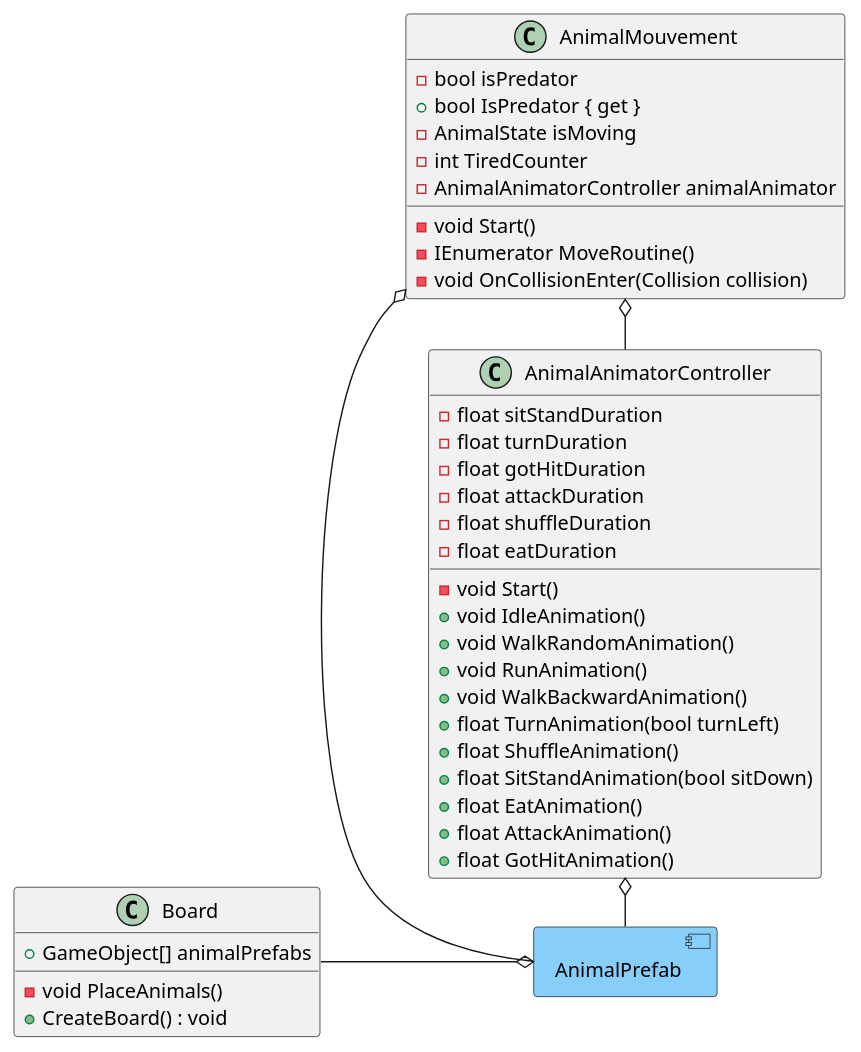
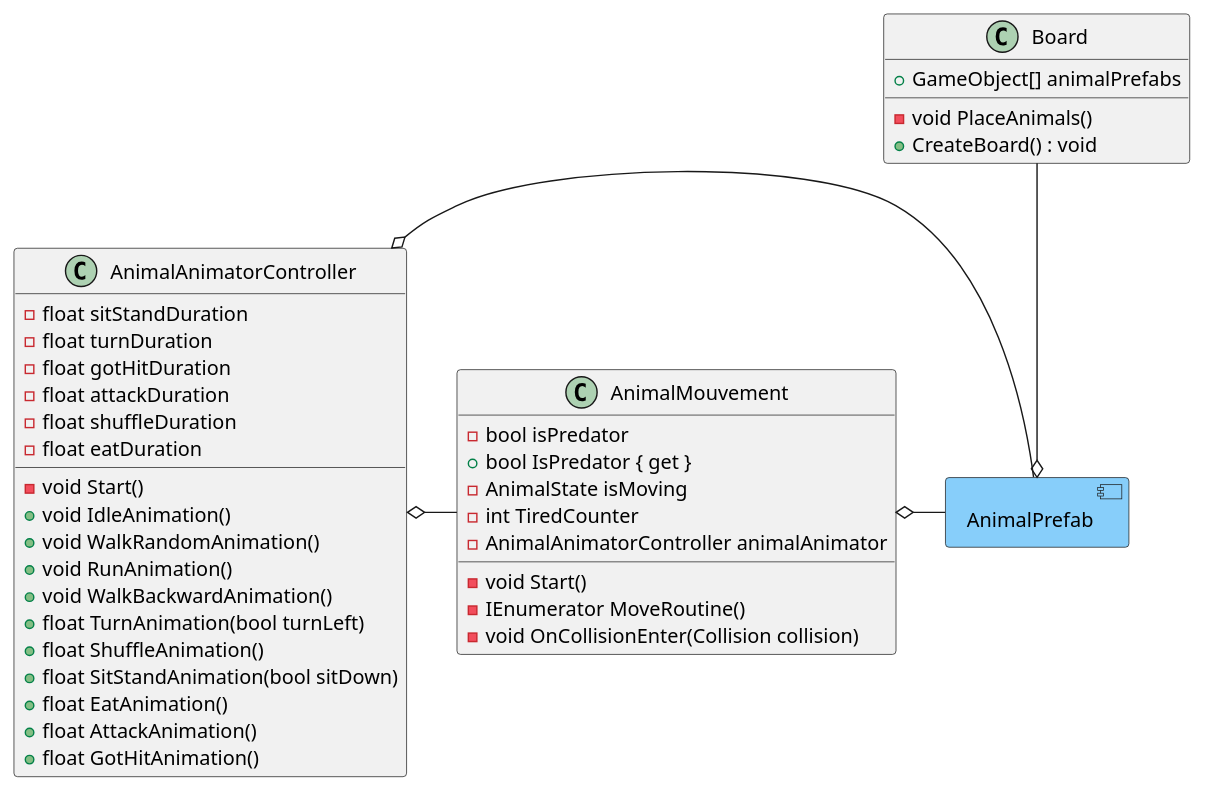
Before and after one commit to LOG725-01/JustOneEarth: the third of 3 diagrams in Assets/Scripts/Documentation/Environment.puml, drawn with PlantUML. The commit also changed other lines of this file and 16 other files, not shown here.

```diff
--- a/Assets/Scripts/Documentation/Environment.puml
+++ b/Assets/Scripts/Documentation/Environment.puml
@@ -245,57 +240,56 @@
 @startuml Animals2
 
 allow_mixing
-left to right direction
 skinparam ComponentBackgroundColor LightSkyBlue
 
 class AnimalAnimatorController {
     -float sitStandDuration
     -float turnDuration
     -float gotHitDuration
     -float attackDuration
     -float shuffleDuration
     -float eatDuration
 
     -void Start()
     +void IdleAnimation()
     +void WalkRandomAnimation()
     +void RunAnimation()
     +void WalkBackwardAnimation()
     +float TurnAnimation(bool turnLeft)
     +float ShuffleAnimation()
     +float SitStandAnimation(bool sitDown)
     +float EatAnimation()
     +float AttackAnimation()
     +float GotHitAnimation()
 }
 
 
 class AnimalMouvement {
     -bool isPredator
     +bool IsPredator { get }
     -AnimalState isMoving
     -int TiredCounter
     -AnimalAnimatorController animalAnimator
 
     -void Start()
     -IEnumerator MoveRoutine()
     -void OnCollisionEnter(Collision collision)
 }
 
 class Board {
     + GameObject[] animalPrefabs
 
     - void PlaceAnimals()
     + CreateBoard() : void
 }
 
 component AnimalPrefab
 
-AnimalAnimatorController -l--o AnimalMouvement
+AnimalMouvement -l--o AnimalAnimatorController
 
 AnimalPrefab -l--o AnimalMouvement
 AnimalPrefab -l--o AnimalAnimatorController
 
 Board --o AnimalPrefab
 
 @enduml
```
